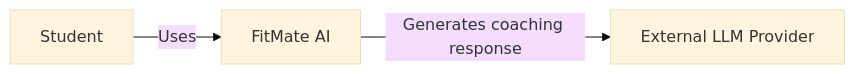
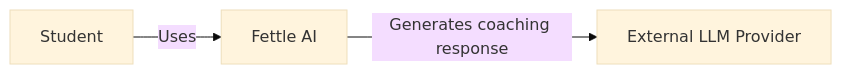
One commit to pranaypadaliya11-maker/hack9sept changed the first of 9 diagrams in SystemArchitecture.md. Above: the diagram before and after it, drawn with Mermaid (base theme). The commit also changed other lines of this file, not shown here.

Commit message:
Rename FitMate AI to Fettle AI in documentation

````diff
--- a/SystemArchitecture.md
+++ b/SystemArchitecture.md
@@ -94,12 +94,12 @@
 ```mermaid
 flowchart LR
 
     STUDENT["Student"]
 
-    FITMATE["FitMate AI"]
+    Fettle["Fettle AI"]
 
     LLM["External LLM Provider"]
 
-    STUDENT -->|"Uses"| FITMATE
-    FITMATE -->|"Generates coaching response"| LLM
+    STUDENT -->|"Uses"| Fettle
+    Fettle -->|"Generates coaching response"| LLM
 ```
````
